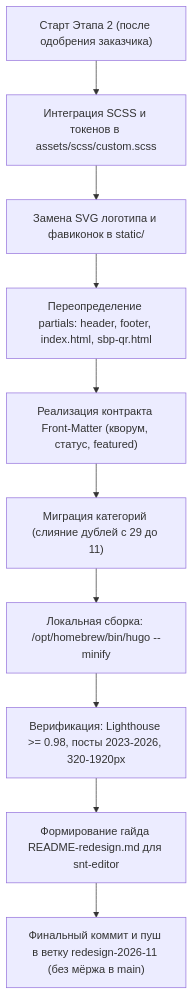
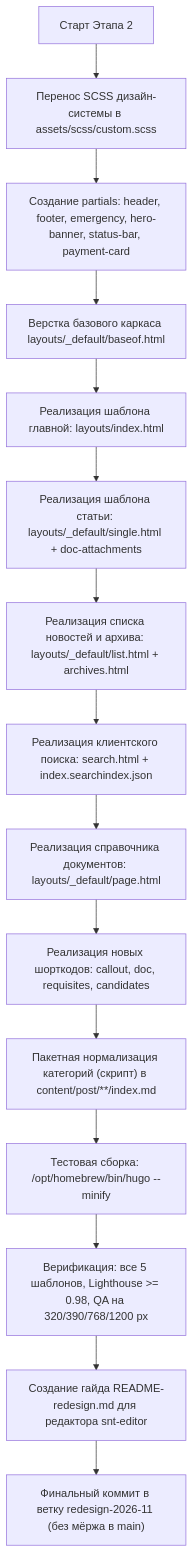
The diagram in .agents/tasks/2026-11-redesign/PLAN.md (ruslanfirefly/cnt-orbita), drawn with Mermaid before and after one commit. The commit also changed other lines of this file and 13 other files, not shown here.

Commit message:
дизайн: интеграция комплексного дизайн-пакета new_design (5 шаблонов, ТЗ, актуализация PLAN.md)

````diff
--- a/.agents/tasks/2026-11-redesign/PLAN.md
+++ b/.agents/tasks/2026-11-redesign/PLAN.md
@@ -251,12 +236,17 @@
 ```mermaid
 flowchart TD
-    A["Старт Этапа 2 (после одобрения заказчика)"] --> B["Интеграция SCSS и токенов в assets/scss/custom.scss"]
-    B --> C["Замена SVG логотипа и фавиконок в static/"]
-    C --> D["Переопределение partials: header, footer, index.html, sbp-qr.html"]
-    D --> E["Реализация контракта Front-Matter (кворум, статус, featured)"]
-    E --> F["Миграция категорий (слияние дублей с 29 до 11)"]
-    F --> G["Локальная сборка: /opt/homebrew/bin/hugo --minify"]
-    G --> H["Верификация: Lighthouse >= 0.98, посты 2023-2026, 320-1920px"]
-    H --> I["Формирование гайда README-redesign.md для snt-editor"]
-    I --> J["Финальный коммит и пуш в ветку redesign-2026-11 (без мёржа в main)"]
+    A["Старт Этапа 2"] --> B["Перенос SCSS дизайн-системы в assets/scss/custom.scss"]
+    B --> C["Создание partials: header, footer, emergency, hero-banner, status-bar, payment-card"]
+    C --> D["Верстка базового каркаса layouts/_default/baseof.html"]
+    D --> E["Реализация шаблона главной: layouts/index.html"]
+    E --> F["Реализация шаблона статьи: layouts/_default/single.html + doc-attachments"]
+    F --> G["Реализация списка новостей и архива: layouts/_default/list.html + archives.html"]
+    G --> H["Реализация клиентского поиска: search.html + index.searchindex.json"]
+    H --> I["Реализация справочника документов: layouts/_default/page.html"]
+    I --> J["Реализация новых шорткодов: callout, doc, requisites, candidates"]
+    J --> K["Пакетная нормализация категорий (скрипт) в content/post/**/index.md"]
+    K --> L["Тестовая сборка: /opt/homebrew/bin/hugo --minify"]
+    L --> M["Верификация: все 5 шаблонов, Lighthouse >= 0.98, QA на 320/390/768/1200 px"]
+    M --> N["Создание гайда README-redesign.md для редактора snt-editor"]
+    N --> O["Финальный коммит в ветку redesign-2026-11 (без мёржа в main)"]
 ```
````
